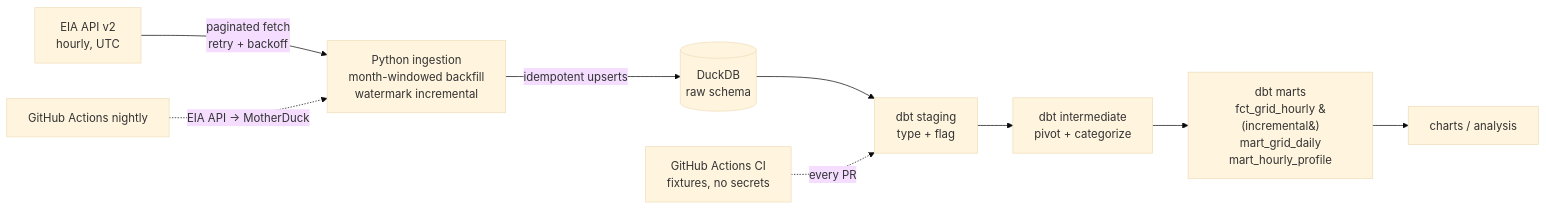
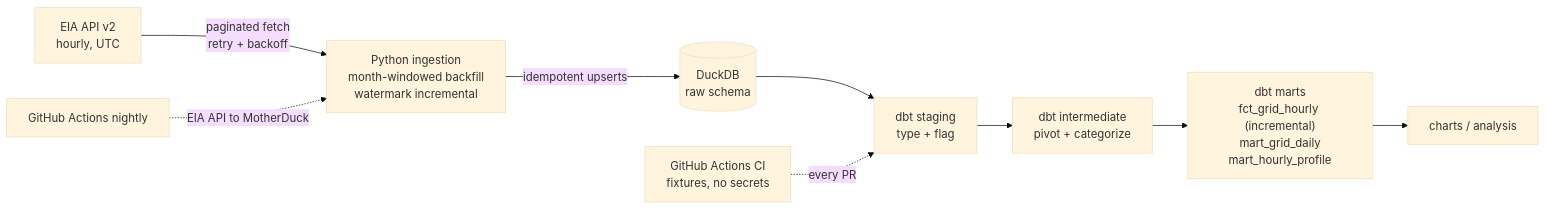
Before and after one commit to JosephWong333/energy-grid-pipeline: the diagram in README.md, drawn with Mermaid (base theme).

Commit message:
fix: mermaid diagram parse error - quote node labels containing parens

````diff
--- a/README.md
+++ b/README.md
@@ -25,11 +25,11 @@
 ```mermaid
 flowchart LR
     A[EIA API v2<br/>hourly, UTC] -->|paginated fetch<br/>retry + backoff| B[Python ingestion<br/>month-windowed backfill<br/>watermark incremental]
     B -->|idempotent upserts| C[(DuckDB<br/>raw schema)]
     C --> D[dbt staging<br/>type + flag]
     D --> E[dbt intermediate<br/>pivot + categorize]
-    E --> F[dbt marts<br/>fct_grid_hourly &#40;incremental&#41;<br/>mart_grid_daily<br/>mart_hourly_profile]
+    E --> F["dbt marts<br/>fct_grid_hourly (incremental)<br/>mart_grid_daily<br/>mart_hourly_profile"]
     F --> G[charts / analysis]
     H[GitHub Actions CI<br/>fixtures, no secrets] -.->|every PR| D
-    I[GitHub Actions nightly] -.->|EIA API -> MotherDuck| B
+    I[GitHub Actions nightly] -.->|"EIA API to MotherDuck"| B
 ```
````
